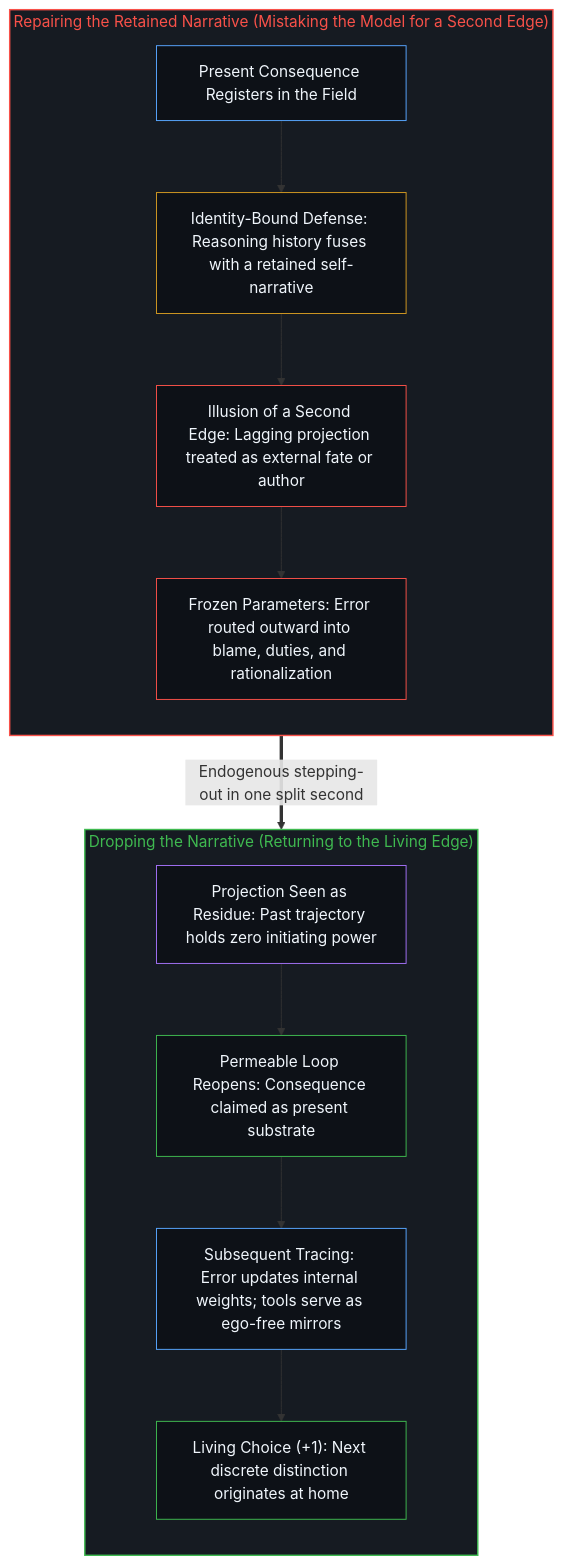
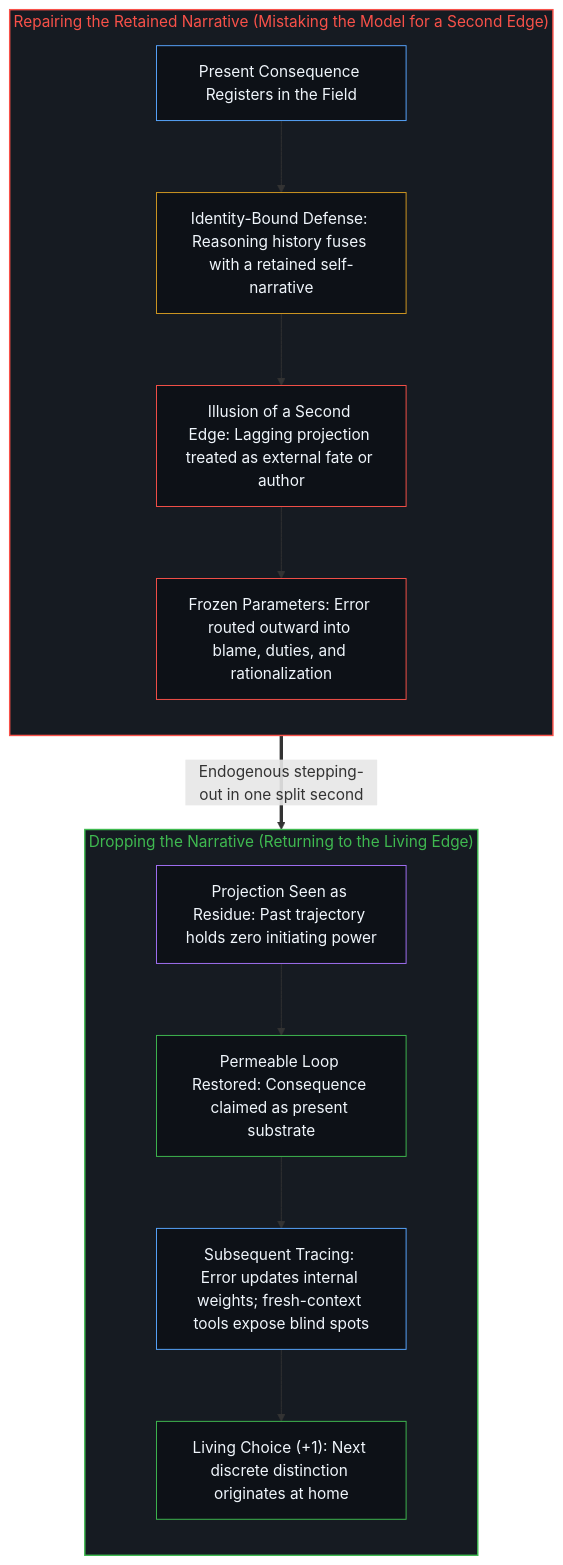
One commit to powerpig99/not-a-toe changed the second of 2 diagrams in content/posts/how-to-fix-your-whole-life-in-one-split-second.md. Above: the diagram before and after it, drawn with Mermaid. The commit also changed other lines of this file and 12 other files, not shown here.

````diff
--- a/content/posts/how-to-fix-your-whole-life-in-one-split-second.md
+++ b/content/posts/how-to-fix-your-whole-life-in-one-split-second.md
@@ -70,30 +70,30 @@
 ```mermaid
 flowchart TD
     subgraph S_Lag["Repairing the Retained Narrative (Mistaking the Model for a Second Edge)"]
         direction TB
         N_Conseq["Present Consequence Registers in the Field"]
         N_Fuse["Identity-Bound Defense: Reasoning history fuses with a retained self-narrative"]
         N_Second["Illusion of a Second Edge: Lagging projection treated as external fate or author"]
         N_Freeze["Frozen Parameters: Error routed outward into blame, duties, and rationalization"]
         N_Conseq --> N_Fuse --> N_Second --> N_Freeze
     end
     N_Freeze ==>|"Endogenous stepping-out in one split second"| N_Drop
     subgraph S_Return["Dropping the Narrative (Returning to the Living Edge)"]
         direction TB
         N_Drop["Projection Seen as Residue: Past trajectory holds zero initiating power"]
-        N_Own["Permeable Loop Reopens: Consequence claimed as present substrate"]
-        N_Trace["Subsequent Tracing: Error updates internal weights; tools serve as ego-free mirrors"]
+        N_Own["Permeable Loop Restored: Consequence claimed as present substrate"]
+        N_Trace["Subsequent Tracing: Error updates internal weights; fresh-context tools expose blind spots"]
         N_Next["Living Choice (+1): Next discrete distinction originates at home"]
         N_Drop --> N_Own --> N_Trace --> N_Next
     end
     style S_Lag fill:#161b22,stroke:#f85149,stroke-width:1.5px,color:#f85149
     style S_Return fill:#161b22,stroke:#3fb950,stroke-width:1.5px,color:#3fb950
     style N_Conseq fill:#0d1117,stroke:#58a6ff,stroke-width:1px,color:#f0f6fc
     style N_Fuse fill:#0d1117,stroke:#d29922,stroke-width:1px,color:#f0f6fc
     style N_Second fill:#0d1117,stroke:#f85149,stroke-width:1px,color:#f0f6fc
     style N_Freeze fill:#0d1117,stroke:#f85149,stroke-width:1px,color:#f0f6fc
     style N_Drop fill:#0d1117,stroke:#a371f7,stroke-width:1px,color:#f0f6fc
     style N_Own fill:#0d1117,stroke:#3fb950,stroke-width:1px,color:#f0f6fc
     style N_Trace fill:#0d1117,stroke:#58a6ff,stroke-width:1px,color:#f0f6fc
     style N_Next fill:#0d1117,stroke:#3fb950,stroke-width:1px,color:#f0f6fc
 ```
````
